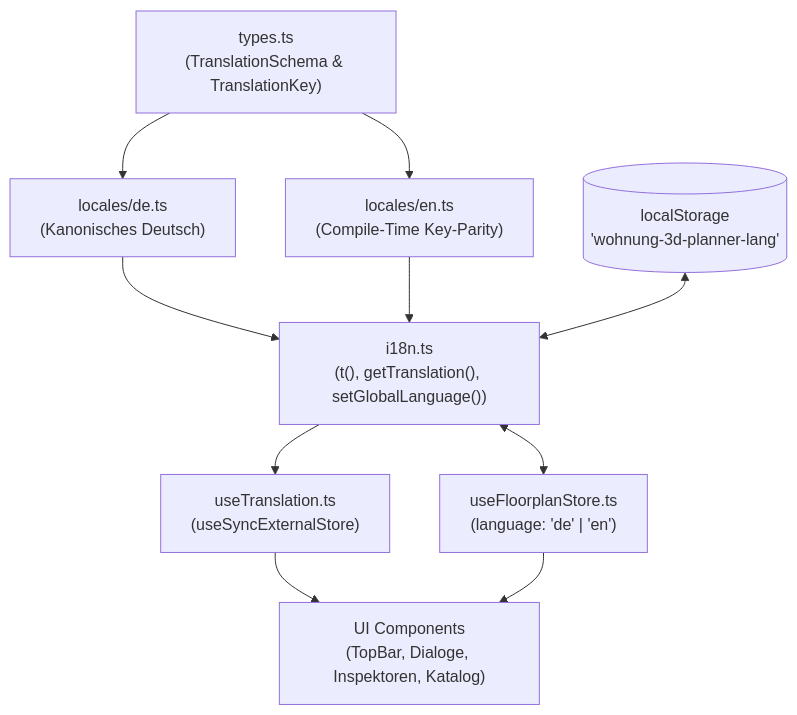
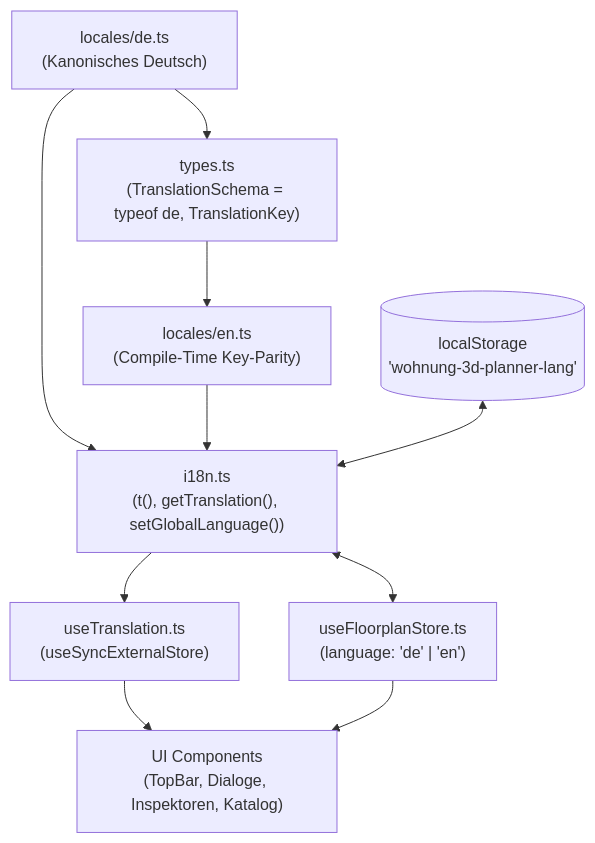
Before and after one commit to dksHyrion/wohnung-3d-planner: the diagram in wiki/architecture/i18n-subsystem.md, drawn with Mermaid. The commit also changed other lines of this file and 7 other files, not shown here.

First line of the commit message:
refactor(i18n): derive TranslationSchema from de.ts and require valid keys

````diff
--- a/wiki/architecture/i18n-subsystem.md
+++ b/wiki/architecture/i18n-subsystem.md
@@ -18,12 +18,12 @@
 ```mermaid
 flowchart TD
-    Schema["types.ts\n(TranslationSchema & TranslationKey)"] --> DeDict["locales/de.ts\n(Kanonisches Deutsch)"]
+    DeDict["locales/de.ts\n(Kanonisches Deutsch)"] --> Schema["types.ts\n(TranslationSchema = typeof de, TranslationKey)"]
     Schema --> EnDict["locales/en.ts\n(Compile-Time Key-Parity)"]
     DeDict --> Core["i18n.ts\n(t(), getTranslation(), setGlobalLanguage())"]
     EnDict --> Core
     Core --> Hook["useTranslation.ts\n(useSyncExternalStore)"]
     Core <--> Store["useFloorplanStore.ts\n(language: 'de' | 'en')"]
     LocalStorage[("localStorage\n'wohnung-3d-planner-lang'")] <--> Core
     Hook --> UI["UI Components\n(TopBar, Dialoge, Inspektoren, Katalog)"]
     Store --> UI
 ```
````
